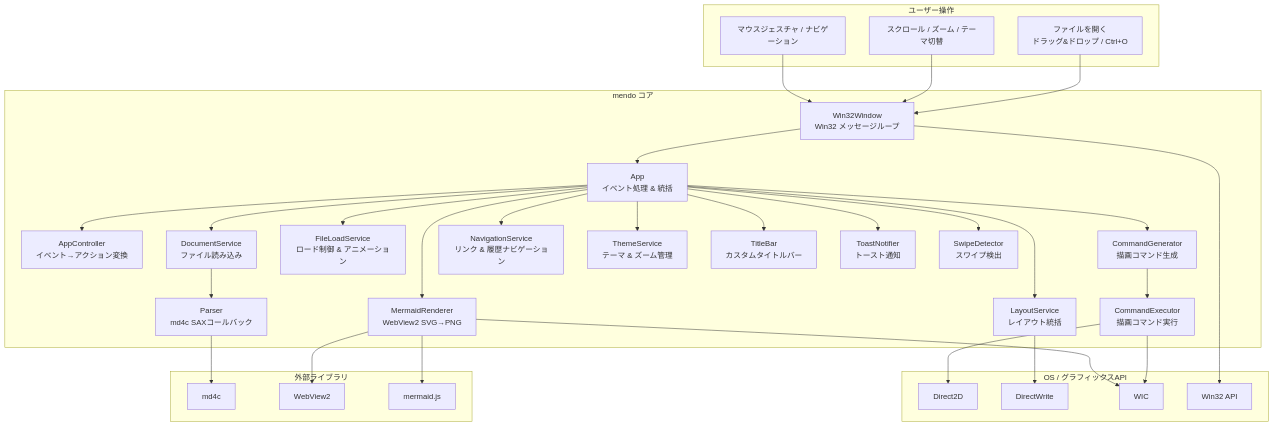
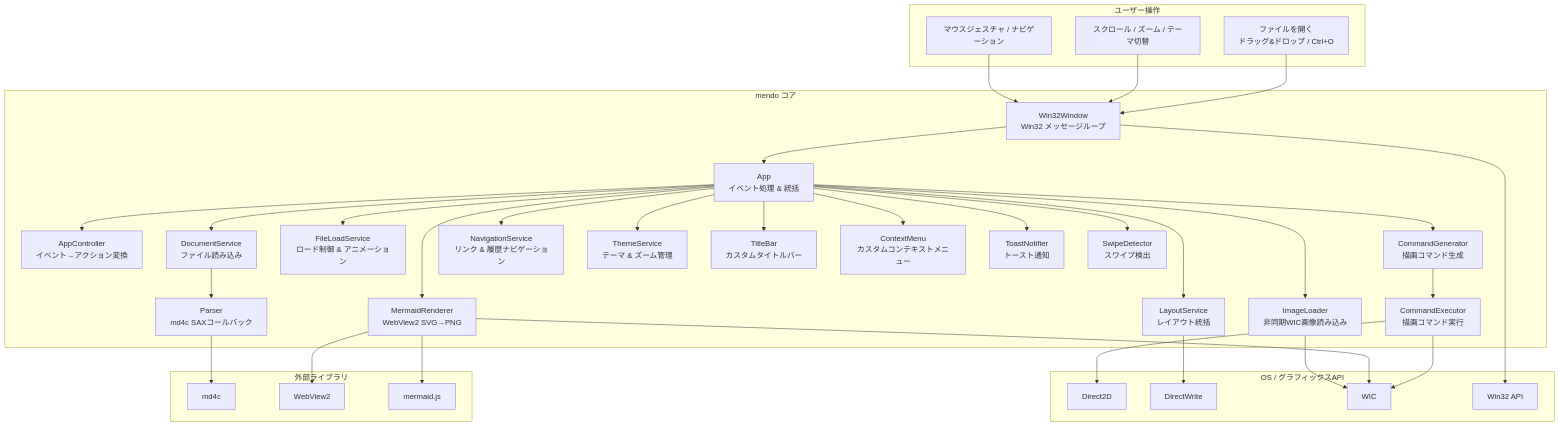
The first of 28 diagrams in example/test.md (tanaton/mendo), drawn with Mermaid before and after one commit. The commit also changed other lines of this file, not shown here.

````diff
--- a/example/test.md
+++ b/example/test.md
@@ -40,65 +34,70 @@
 ```mermaid
 graph TB
     subgraph ユーザー操作
         A[ファイルを開く<br>ドラッグ&ドロップ / Ctrl+O]
         B[スクロール / ズーム / テーマ切替]
         C_NAV[マウスジェスチャ / ナビゲーション]
     end
 
     subgraph mendo コア
         W[Win32Window<br>Win32 メッセージループ]
         APP[App<br>イベント処理 & 統括]
         AC[AppController<br>イベント→アクション変換]
         DS[DocumentService<br>ファイル読み込み]
         FLS[FileLoadService<br>ロード制御 & アニメーション]
         P[Parser<br>md4c SAXコールバック]
         LS[LayoutService<br>レイアウト統括]
         CG[CommandGenerator<br>描画コマンド生成]
         CE[CommandExecutor<br>描画コマンド実行]
         MR[MermaidRenderer<br>WebView2 SVG→PNG]
+        IL[ImageLoader<br>非同期WIC画像読み込み]
         NS[NavigationService<br>リンク & 履歴ナビゲーション]
         TS[ThemeService<br>テーマ & ズーム管理]
         TB[TitleBar<br>カスタムタイトルバー]
+        CM[ContextMenu<br>カスタムコンテキストメニュー]
         TN[ToastNotifier<br>トースト通知]
         SD[SwipeDetector<br>スワイプ検出]
     end
 
     subgraph 外部ライブラリ
         I[md4c]
         J[WebView2]
         K[mermaid.js]
     end
 
     subgraph OS / グラフィックスAPI
         L[Direct2D]
         M[DirectWrite]
         N[WIC]
         O[Win32 API]
     end
 
     A --> W
     B --> W
     C_NAV --> W
     W --> APP
     APP --> AC
     APP --> DS
     APP --> FLS
     DS --> P
     P --> I
     APP --> LS
     LS --> M
     APP --> CG
     CG --> CE
     CE --> L
     CE --> N
     APP --> MR
+    APP --> IL
     MR --> J
     MR --> K
     MR --> N
+    IL --> N
     APP --> NS
     APP --> TS
     APP --> TB
+    APP --> CM
     APP --> TN
     APP --> SD
     W --> O
 ```
````
